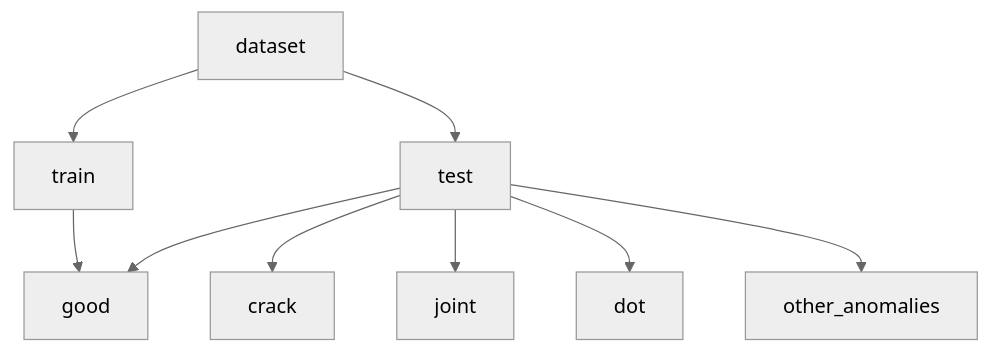
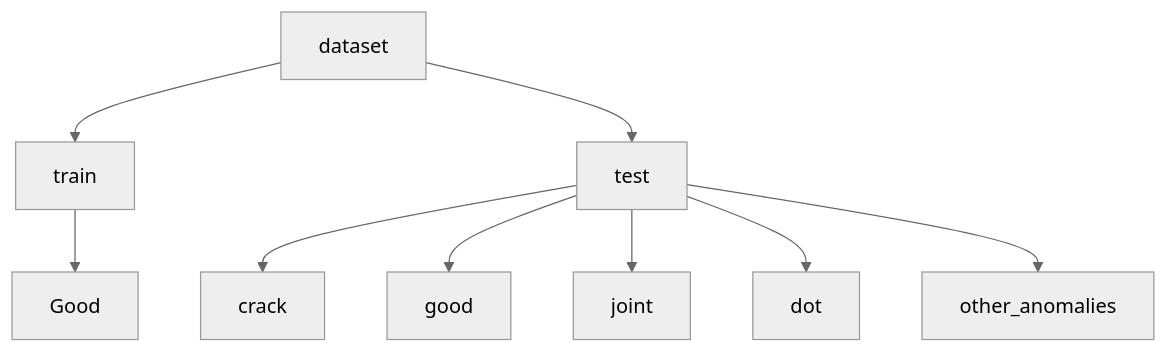
One commit to intel/visual-quality-inspection changed the third of 3 diagrams in README.md. Above: the diagram before and after it, drawn with Mermaid (neutral theme). The commit also changed other lines of this file, not shown here.

````diff
--- a/README.md
+++ b/README.md
@@ -405,11 +405,11 @@
 ```mermaid
 graph TD;
     dataset-->train;
     dataset-->test;
-    train-->good;
+    train-->Good;
     test-->crack;
     test-->good;
     test-->joint;
     test-->dot;
     test-->other_anomalies;
 ```
````
